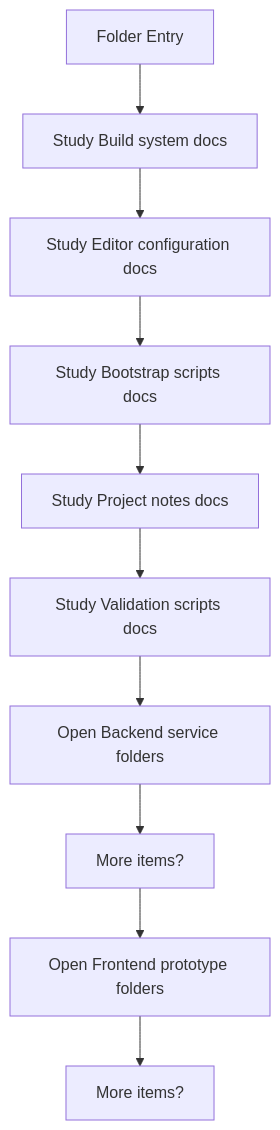
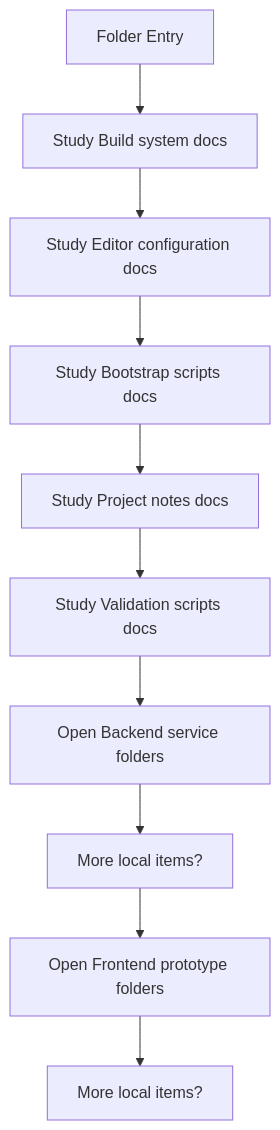
One commit to JohnAndrewBalbarosa/NeoTerritory changed the first of 2 diagrams in docs/Codebase/README.md. Above: the diagram before and after it, drawn with Mermaid. The commit also changed other lines of this file and 925 other files, not shown here.

````diff
--- a/docs/Codebase/README.md
+++ b/docs/Codebase/README.md
@@ -24,22 +24,22 @@
 ```mermaid
 flowchart TD
     N0["Folder Entry"]
     N1["Study Build system docs"]
     N2["Study Editor configuration docs"]
     N3["Study Bootstrap scripts docs"]
     N4["Study Project notes docs"]
     N5["Study Validation scripts docs"]
     N6["Open Backend service folders"]
-    N7["More items?"]
+    N7["More local items?"]
     N8["Open Frontend prototype folders"]
-    N9["More items?"]
+    N9["More local items?"]
     N0 --> N1
     N1 --> N2
     N2 --> N3
     N3 --> N4
     N4 --> N5
     N5 --> N6
     N6 --> N7
     N7 --> N8
     N8 --> N9
 ```
````
